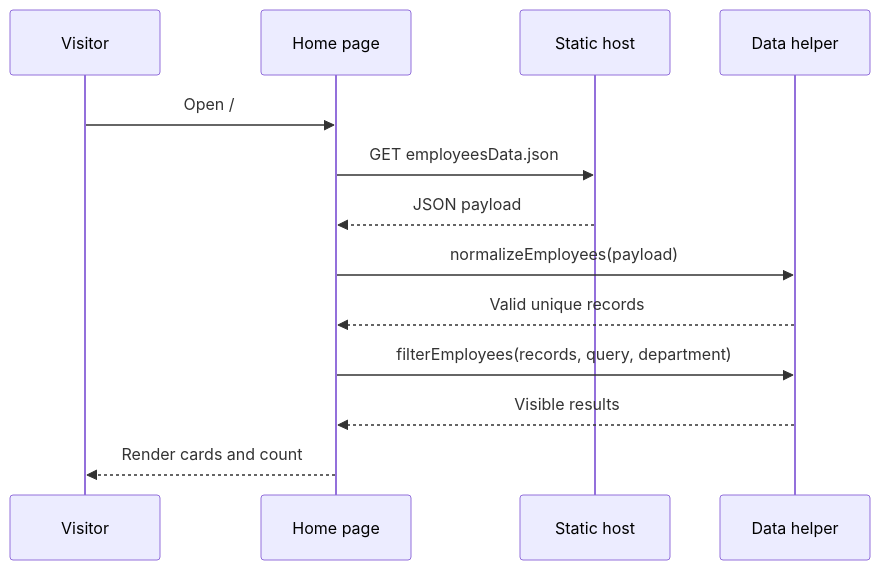
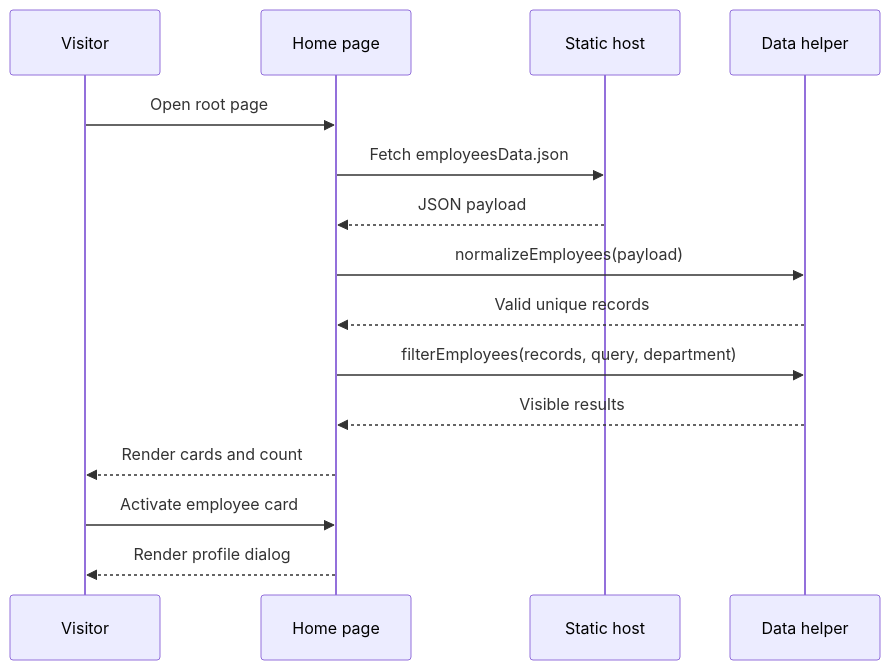
One commit to Brajesh31/codersh_task changed the diagram in docs/system-design.md. Above: the diagram before and after it, drawn with Mermaid. The commit also changed other lines of this file, not shown here.

````diff
--- a/docs/system-design.md
+++ b/docs/system-design.md
@@ -15,15 +21,17 @@
 ```mermaid
 sequenceDiagram
   participant V as Visitor
   participant H as Home page
   participant S as Static host
   participant D as Data helper
-  V->>H: Open /
-  H->>S: GET employeesData.json
+  V->>H: Open root page
+  H->>S: Fetch employeesData.json
   S-->>H: JSON payload
   H->>D: normalizeEmployees(payload)
   D-->>H: Valid unique records
   H->>D: filterEmployees(records, query, department)
   D-->>H: Visible results
   H-->>V: Render cards and count
+  V->>H: Activate employee card
+  H-->>V: Render profile dialog
 ```
````
